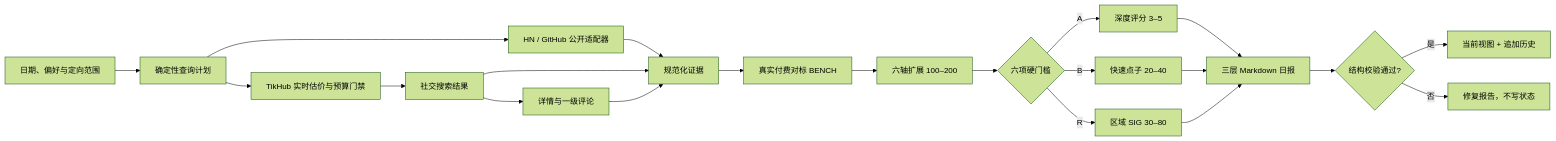
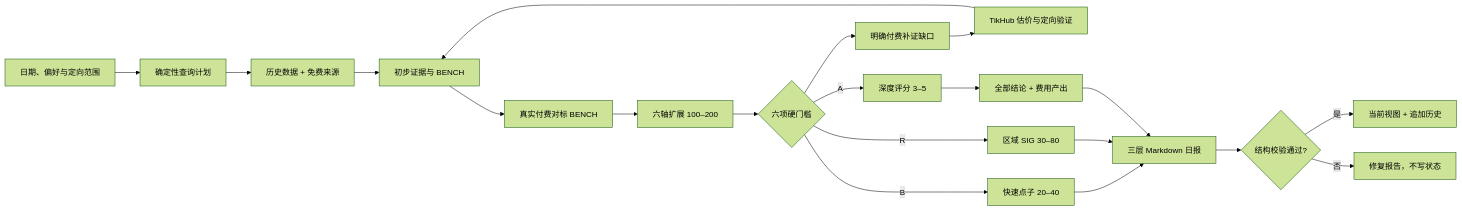
One commit to Snychng/ai-opportunity-radar changed the diagram in README.md. Above: the diagram before and after it, drawn with Mermaid (forest theme). The commit also changed other lines of this file and 17 other files, not shown here.

````diff
--- a/README.md
+++ b/README.md
@@ -44,23 +45,22 @@
 ```mermaid
 flowchart LR
     A["日期、偏好与定向范围"] --> B["确定性查询计划"]
-    B --> C["HN / GitHub 公开适配器"]
-    B --> D["TikHub 实时估价与预算门禁"]
-    C --> E["规范化证据"]
-    D --> F["社交搜索结果"]
-    F --> G["详情与一级评论"]
-    F --> E
-    G --> E
-    E --> H["真实付费对标 BENCH"]
+    B --> C["历史数据 + 免费来源"]
+    C --> E["初步证据与 BENCH"]
     H --> I["六轴扩展 100–200"]
     I --> J{"六项硬门槛"}
+    J --> R["明确付费补证缺口"]
+    R --> D["TikHub 估价与定向验证"]
+    D --> E
+    E --> H["真实付费对标 BENCH"]
     J -->|A| K["深度评分 3–5"]
     J -->|B| L["快速点子 20–40"]
     J -->|R| M["区域 SIG 30–80"]
-    K --> N["三层 Markdown 日报"]
+    K --> S["全部结论 + 费用产出"]
     L --> N
     M --> N
+    S --> N["三层 Markdown 日报"]
     N --> O{"结构校验通过?"}
     O -->|是| P["当前视图 + 追加历史"]
     O -->|否| Q["修复报告，不写状态"]
 ```
````
